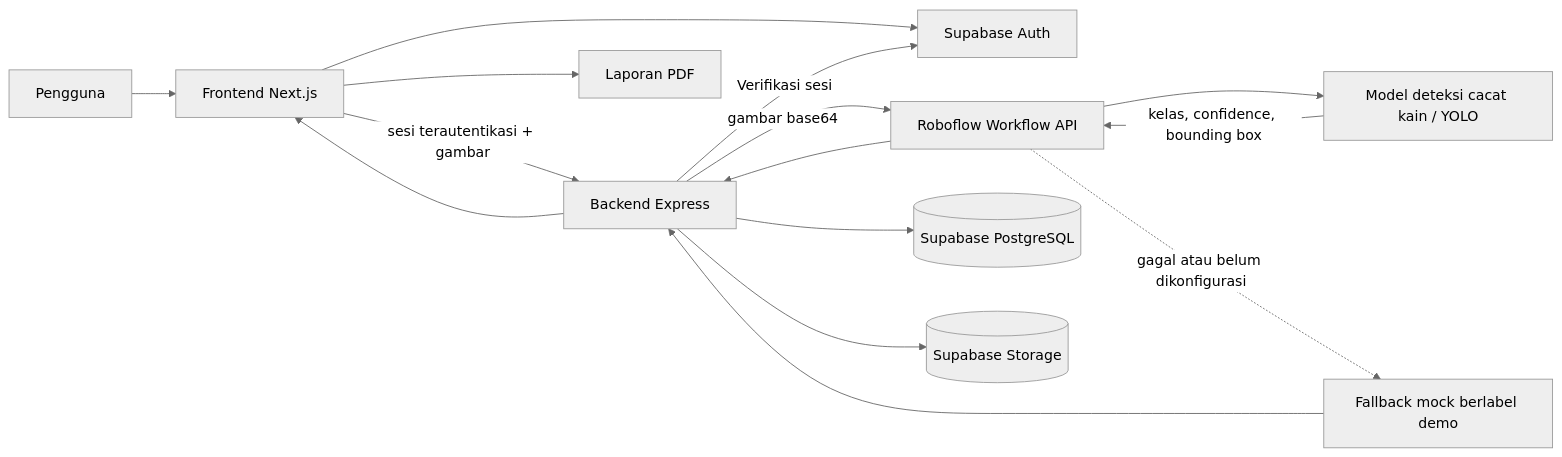
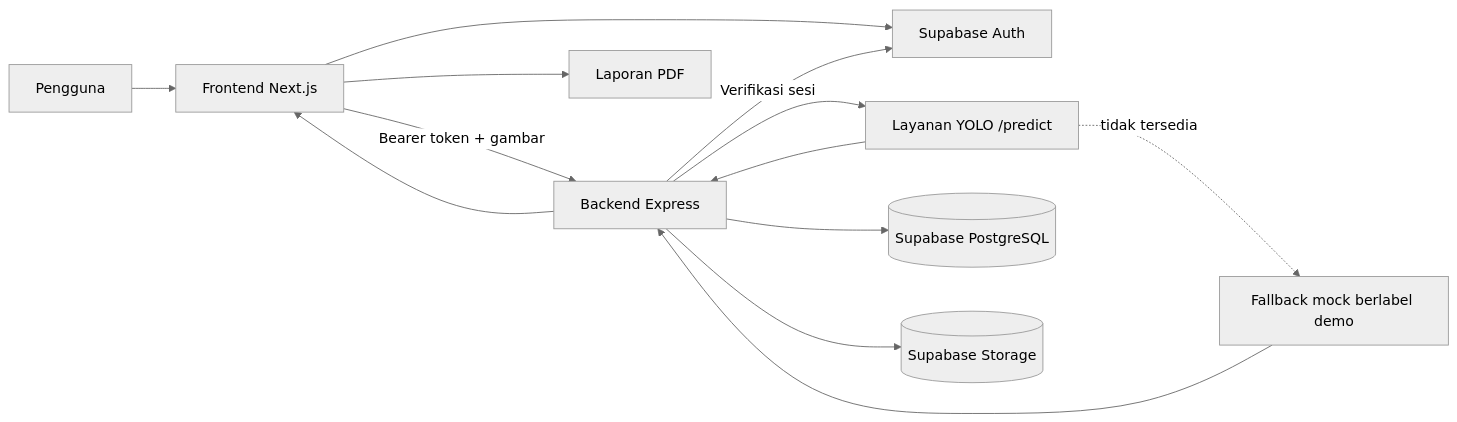
Before and after one commit to raykenzienazaru-dot/PNJ: the first of 2 diagrams in README.MD, drawn with Mermaid (neutral theme). The commit also changed other lines of this file and 42 other files, not shown here.

````diff
--- a/README.MD
+++ b/README.MD
@@ -195,17 +165,15 @@
 ```mermaid
 flowchart LR
     U[Pengguna] --> FE[Frontend Next.js]
     FE --> AUTH[Supabase Auth]
-    FE -->|sesi terautentikasi + gambar| BE[Backend Express]
+    FE -->|Bearer token + gambar| BE[Backend Express]
     BE -->|Verifikasi sesi| AUTH
-    BE -->|gambar base64| RF[Roboflow Workflow API]
-    RF --> YOLO[Model deteksi cacat kain / YOLO]
-    YOLO -->|kelas, confidence, bounding box| RF
-    RF --> BE
+    BE --> YOLO[Layanan YOLO /predict]
+    YOLO --> BE
     BE --> DB[(Supabase PostgreSQL)]
     BE --> ST[(Supabase Storage)]
     BE --> FE
     FE --> PDF[Laporan PDF]
-    RF -. gagal atau belum dikonfigurasi .-> MOCK[Fallback mock berlabel demo]
+    YOLO -. tidak tersedia .-> MOCK[Fallback mock berlabel demo]
     MOCK --> BE
 ```
````
